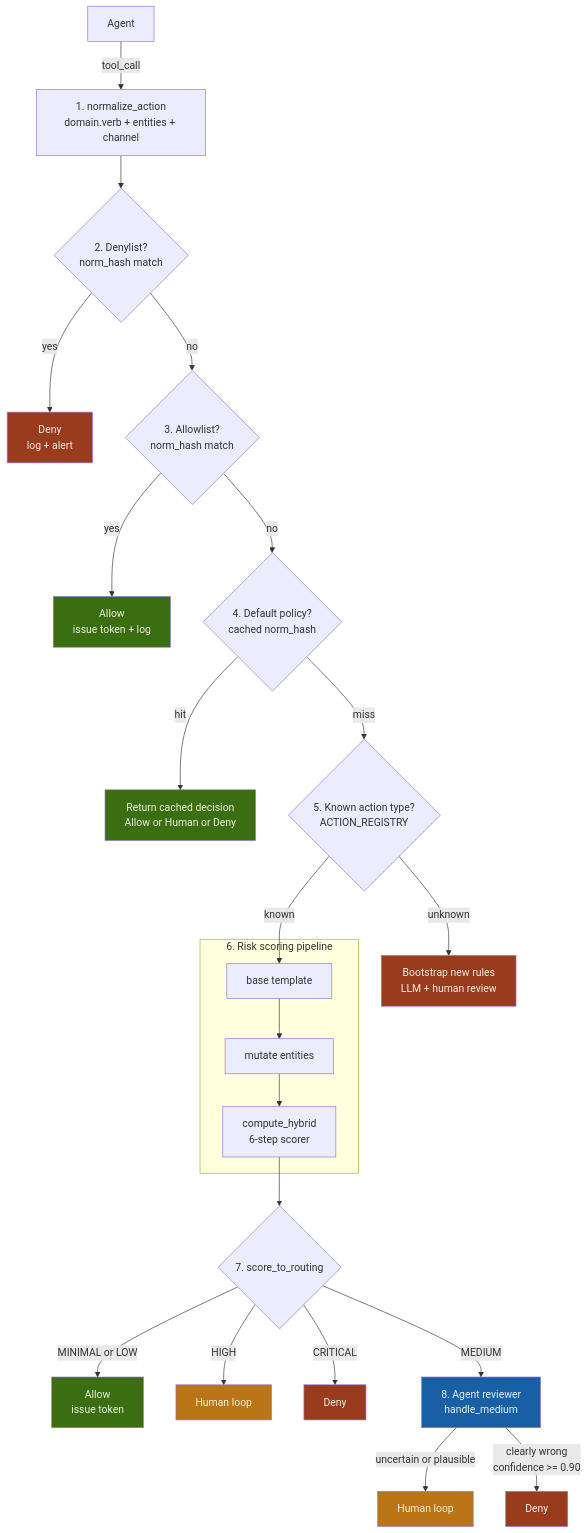
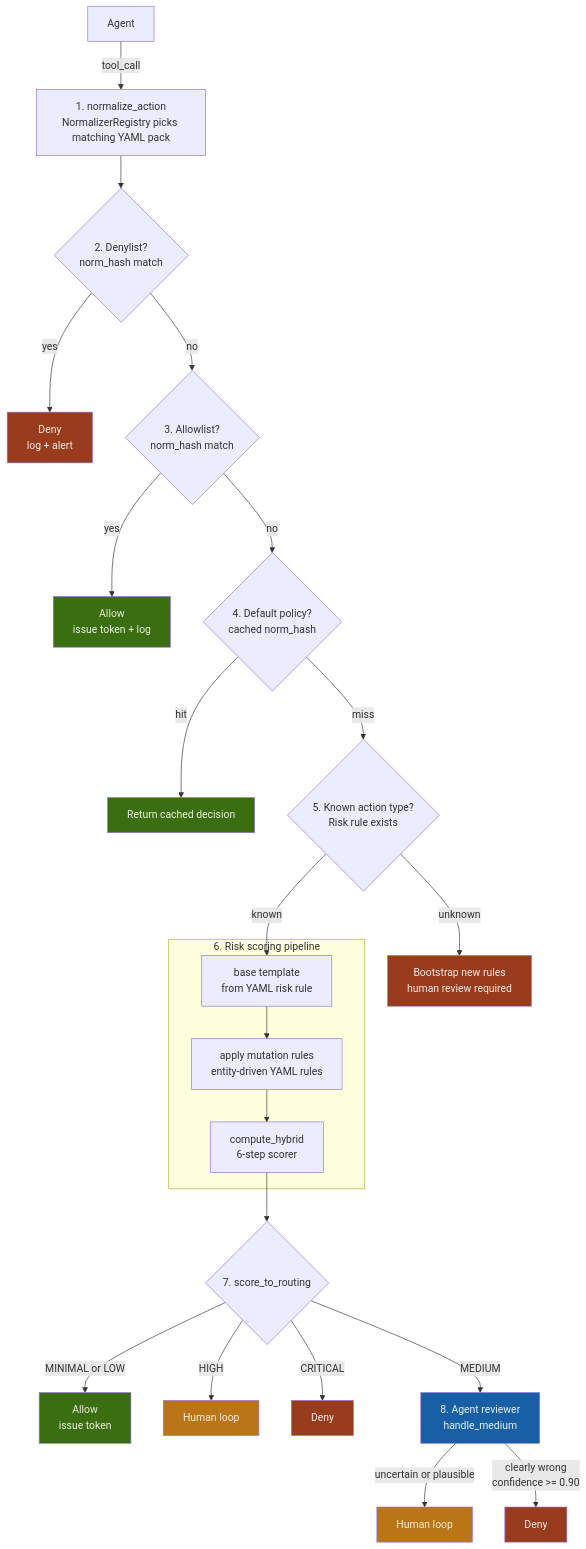
Before and after one commit to permit0-ai/permit0: the first of 3 diagrams in docs/permit.md, drawn with Mermaid. The commit also changed other lines of this file and 156 other files, not shown here.

````diff
--- a/docs/permit.md
+++ b/docs/permit.md
@@ -75,49 +90,49 @@
 ```mermaid
 flowchart TD
     A["Agent"] -->|tool_call| NRM
 
-    NRM["1. normalize_action<br/>domain.verb + entities + channel"]
+    NRM["1. normalize_action<br/>NormalizerRegistry picks matching YAML pack"]
     NRM --> DL
 
     DL{"2. Denylist?<br/>norm_hash match"}
     DL -->|yes| DN1["Deny<br/>log + alert"]
     DL -->|no| AL
 
     AL{"3. Allowlist?<br/>norm_hash match"}
     AL -->|yes| AW["Allow<br/>issue token + log"]
     AL -->|no| CP
 
     CP{"4. Default policy?<br/>cached norm_hash"}
-    CP -->|hit| CA["Return cached decision<br/>Allow or Human or Deny"]
+    CP -->|hit| CA["Return cached decision"]
     CP -->|miss| REG
 
-    REG{"5. Known action type?<br/>ACTION_REGISTRY"}
-    REG -->|unknown| BOOT["Bootstrap new rules<br/>LLM + human review"]
+    REG{"5. Known action type?<br/>Risk rule exists"}
+    REG -->|unknown| BOOT["Bootstrap new rules<br/>human review required"]
     REG -->|known| B1
 
     subgraph SG1["6. Risk scoring pipeline"]
-        B1["base template"] --> B2["mutate entities"]
+        B1["base template<br/>from YAML risk rule"] --> B2["apply mutation rules<br/>entity-driven YAML rules"]
         B2 --> B3["compute_hybrid<br/>6-step scorer"]
     end
 
     B3 --> RT{"7. score_to_routing"}
 
     RT -->|MINIMAL or LOW| AL2["Allow<br/>issue token"]
     RT -->|HIGH| HU1["Human loop"]
     RT -->|CRITICAL| DN2["Deny"]
     RT -->|MEDIUM| AGT["8. Agent reviewer<br/>handle_medium"]
 
     AGT -->|"uncertain or plausible"| HU2["Human loop"]
     AGT -->|"clearly wrong<br/>confidence >= 0.90"| DN3["Deny"]
 
     style DN1 fill:#993C1D,color:#FAECE7
     style DN2 fill:#993C1D,color:#FAECE7
     style DN3 fill:#993C1D,color:#FAECE7
     style AW fill:#3B6D11,color:#EAF3DE
     style AL2 fill:#3B6D11,color:#EAF3DE
     style CA fill:#3B6D11,color:#EAF3DE
     style HU1 fill:#BA7517,color:#FAEEDA
     style HU2 fill:#BA7517,color:#FAEEDA
     style BOOT fill:#993C1D,color:#FAECE7
     style AGT fill:#185FA5,color:#E6F1FB
 ```
````
